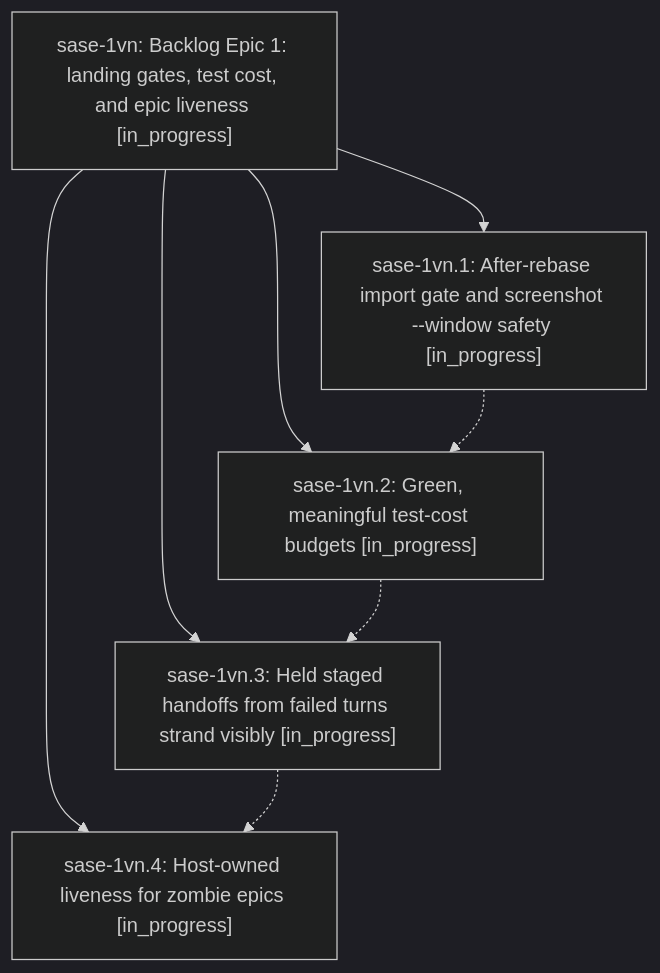
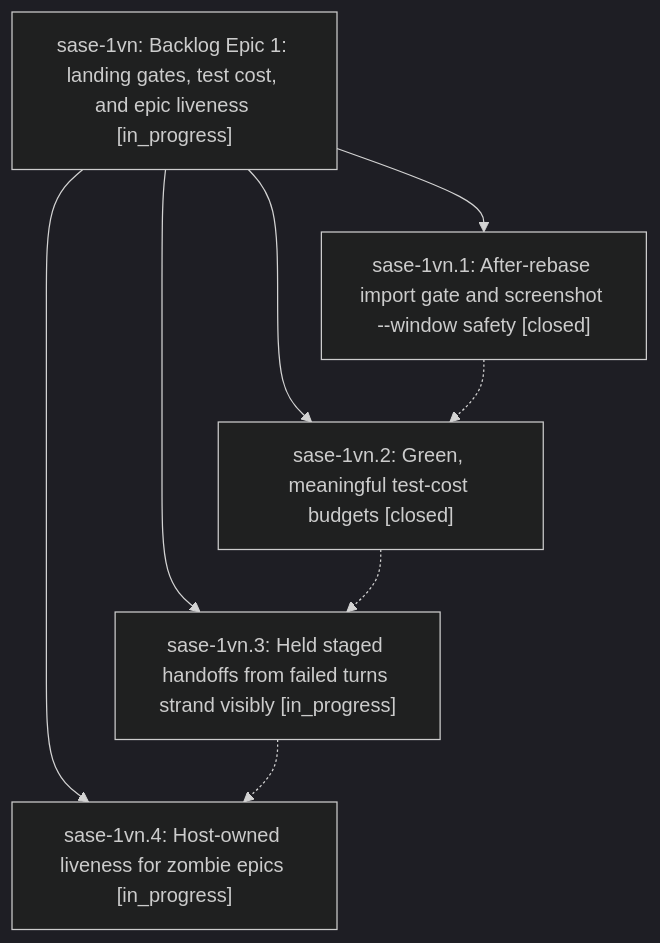
The diagram in pages/sase-1vn/README.md (sase-org/sase--beads), drawn with Mermaid (dark theme) before and after one commit. The commit also changed other lines of this file and 3 other files, not shown here.

````diff
--- a/pages/sase-1vn/README.md
+++ b/pages/sase-1vn/README.md
@@ -25,15 +41,15 @@
 ```mermaid
 flowchart TD
     n0["sase-1vn: Backlog Epic 1: landing gates, test cost, and epic liveness [in_progress]"]
-    n1["sase-1vn.1: After-rebase import gate and screenshot --window safety [in_progress]"]
-    n2["sase-1vn.2: Green, meaningful test-cost budgets [in_progress]"]
+    n1["sase-1vn.1: After-rebase import gate and screenshot --window safety [closed]"]
+    n2["sase-1vn.2: Green, meaningful test-cost budgets [closed]"]
     n3["sase-1vn.3: Held staged handoffs from failed turns strand visibly [in_progress]"]
     n4["sase-1vn.4: Host-owned liveness for zombie epics [in_progress]"]
     n0 --> n1
     n0 --> n2
     n0 --> n3
     n0 --> n4
     n1 -.-> n2
     n2 -.-> n3
     n3 -.-> n4
 ```
````
